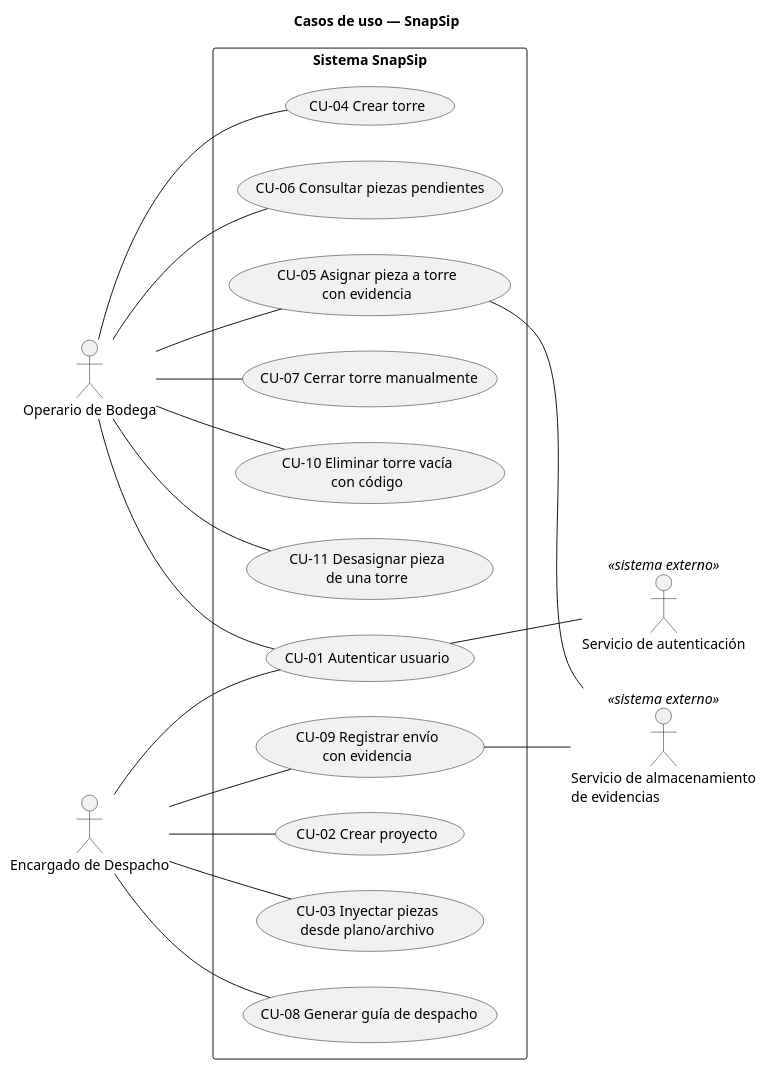
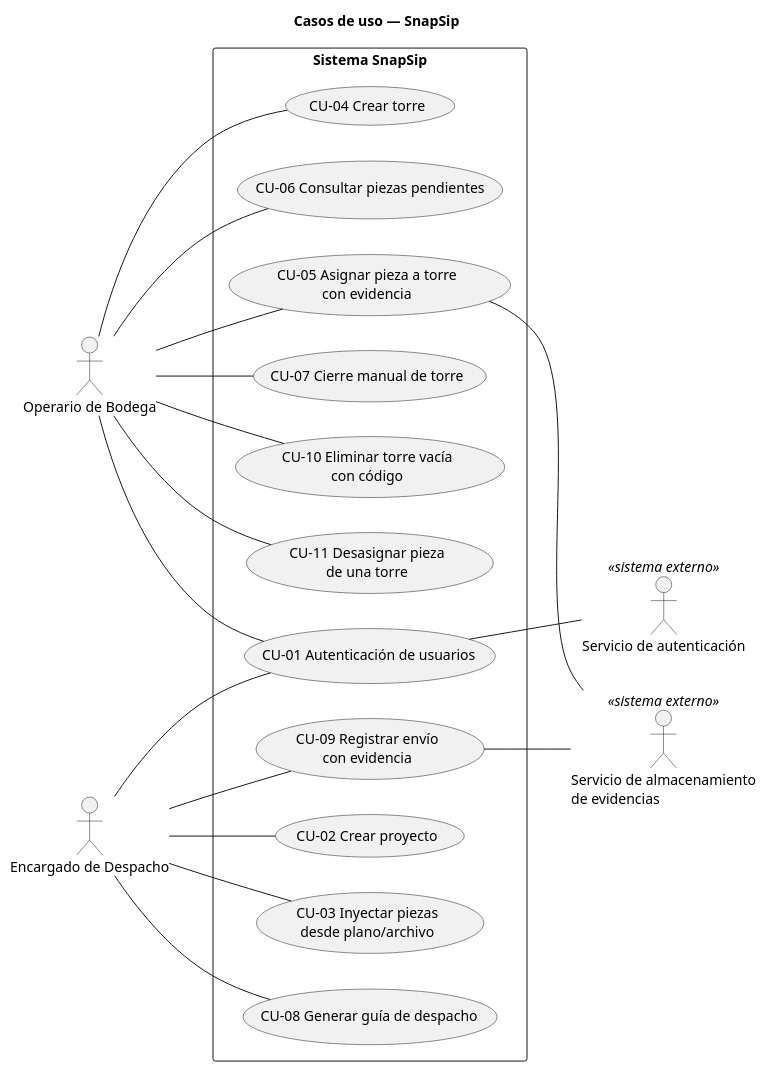
Before and after one commit to Foyzen-Kaze/snapsip: the diagram in diagramas/casos-de-uso.puml, drawn with PlantUML.

```diff
--- a/diagramas/casos-de-uso.puml
+++ b/diagramas/casos-de-uso.puml
@@ -1,42 +1,42 @@
 @startuml casos-de-uso
 left to right direction
 skinparam shadowing false
 title Casos de uso — SnapSip
 
 actor "Operario de Bodega" as OB
 actor "Encargado de Despacho" as ED
 actor "Servicio de autenticación" as SA <<sistema externo>>
 actor "Servicio de almacenamiento\nde evidencias" as SAE <<sistema externo>>
 
 rectangle "Sistema SnapSip" {
-  usecase "CU-01 Autenticar usuario" as CU01
+  usecase "CU-01 Autenticación de usuarios" as CU01
   usecase "CU-02 Crear proyecto" as CU02
   usecase "CU-03 Inyectar piezas\ndesde plano/archivo" as CU03
   usecase "CU-04 Crear torre" as CU04
   usecase "CU-05 Asignar pieza a torre\ncon evidencia" as CU05
   usecase "CU-06 Consultar piezas pendientes" as CU06
-  usecase "CU-07 Cerrar torre manualmente" as CU07
+  usecase "CU-07 Cierre manual de torre" as CU07
   usecase "CU-08 Generar guía de despacho" as CU08
   usecase "CU-09 Registrar envío\ncon evidencia" as CU09
   usecase "CU-10 Eliminar torre vacía\ncon código" as CU10
   usecase "CU-11 Desasignar pieza\nde una torre" as CU11
 }
 
 OB -- CU01
 OB -- CU04
 OB -- CU05
 OB -- CU06
 OB -- CU07
 OB -- CU10
 OB -- CU11
 
 ED -- CU01
 ED -- CU02
 ED -- CU03
 ED -- CU08
 ED -- CU09
 
 CU01 -- SA
 CU05 -- SAE
 CU09 -- SAE
 @enduml
```
